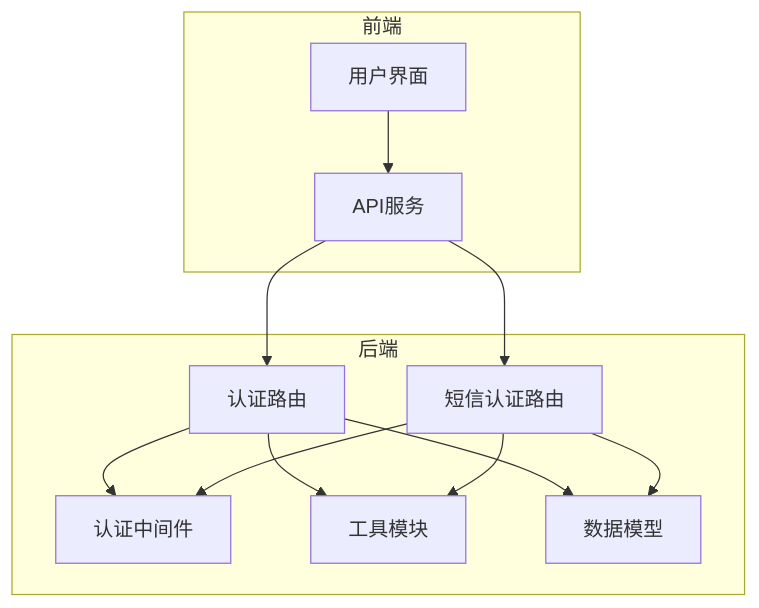
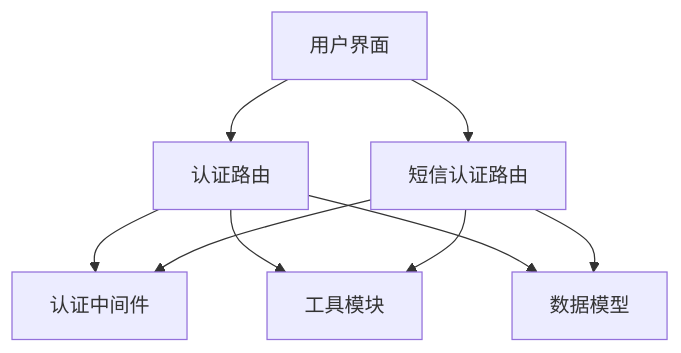
The first of 5 diagrams in wiki/后端架构/API端点参考/认证API/认证API端点详情.md (xingranya/CervixDetectAI), drawn with Mermaid before and after one commit. The commit also changed other lines of this file and 35 other files, not shown here.

First line of the commit message:
docs(readme): 优化并统一项目文档中的流程图与说明

````diff
--- a/wiki/后端架构/API端点参考/认证API/认证API端点详情.md
+++ b/wiki/后端架构/API端点参考/认证API/认证API端点详情.md
@@ -28,23 +28,11 @@
 ```mermaid
-graph TB
-subgraph "前端"
-UI[用户界面]
-API[API服务]
-end
-subgraph "后端"
-AuthRoutes[认证路由]
-SMSRoutes[短信认证路由]
-Middleware[认证中间件]
-Utils[工具模块]
-Models[数据模型]
-end
-UI --> API
-API --> AuthRoutes
-API --> SMSRoutes
-AuthRoutes --> Middleware
+flowchart TB
+UI[用户界面] --> AuthRoutes[认证路由]
+UI --> SMSRoutes[短信认证路由]
+AuthRoutes --> Middleware[认证中间件]
 SMSRoutes --> Middleware
-AuthRoutes --> Utils
+AuthRoutes --> Utils[工具模块]
 SMSRoutes --> Utils
-AuthRoutes --> Models
+AuthRoutes --> Models[数据模型]
 SMSRoutes --> Models
 ```
````
